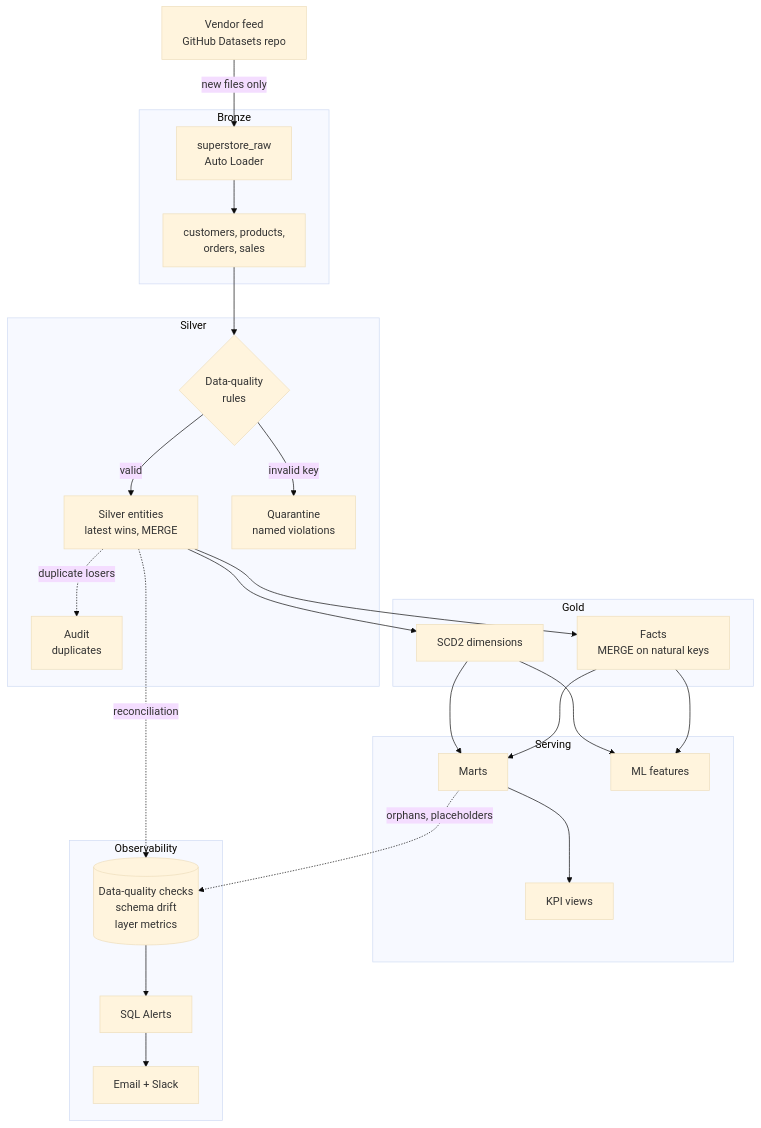
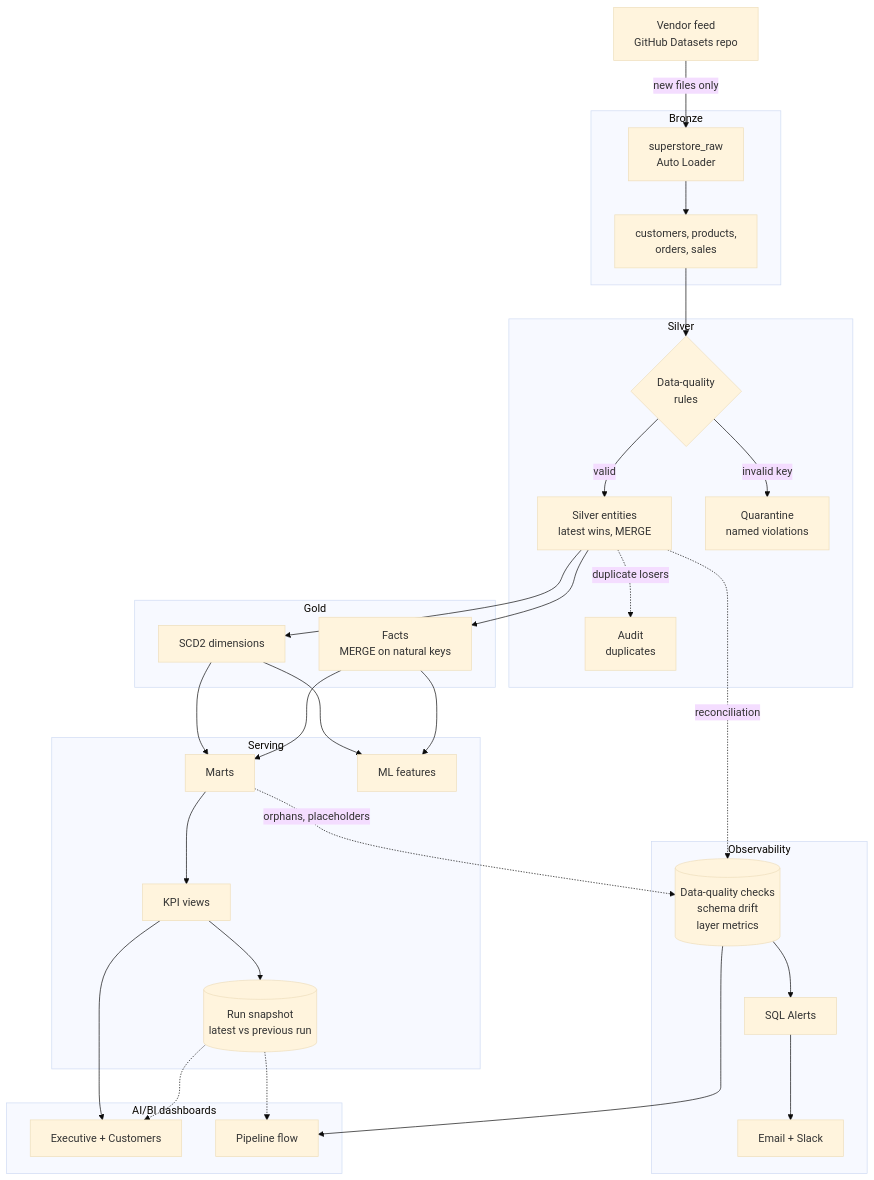
The diagram in README.md (111BM/databricks-lakehouse-platform), drawn with Mermaid (base theme) before and after one commit.

Commit message:
Add the dashboards and the run snapshot to the architecture diagram
The diagram stopped at the KPI views and alerts. It now shows the run
snapshot written after the KPI views, and the AI/BI dashboards it feeds:
executive and customers from the KPI views, pipeline flow from the layer
metrics and data-quality checks, both reading the snapshot for the latest
vs previous run comparison.

````diff
--- a/README.md
+++ b/README.md
@@ -48,44 +48,54 @@
 ```mermaid
 flowchart TB
     FEED[Vendor feed<br/>GitHub Datasets repo]
 
     subgraph BRONZE[Bronze]
         RAW[superstore_raw<br/>Auto Loader]
         ENT[customers, products,<br/>orders, sales]
     end
 
     subgraph SILVER[Silver]
         DQ{Data-quality<br/>rules}
         SLV[Silver entities<br/>latest wins, MERGE]
         QUA[Quarantine<br/>named violations]
         AUD[Audit<br/>duplicates]
     end
 
     subgraph GOLD[Gold]
         DIM[SCD2 dimensions]
         FCT[Facts<br/>MERGE on natural keys]
     end
 
     subgraph SERVE[Serving]
         MART[Marts]
         KPI[KPI views]
         FEAT[ML features]
+        SNAP[(Run snapshot<br/>latest vs previous run)]
     end
 
     subgraph OBS[Observability]
         CHK[(Data-quality checks<br/>schema drift<br/>layer metrics)]
         ALR[SQL Alerts]
         NOTIFY[Email + Slack]
+    end
+
+    subgraph DASH[AI/BI dashboards]
+        BIZ[Executive + Customers]
+        PIPE[Pipeline flow]
     end
 
     FEED -->|new files only| RAW --> ENT --> DQ
     DQ -->|valid| SLV
     DQ -->|invalid key| QUA
     SLV -.->|duplicate losers| AUD
     SLV --> DIM & FCT
     DIM & FCT --> MART & FEAT
     MART --> KPI
+    KPI --> SNAP
+    KPI --> BIZ
+    SNAP -.-> BIZ & PIPE
+    CHK --> PIPE
     SLV -.->|reconciliation| CHK
     MART -.->|orphans, placeholders| CHK
     CHK --> ALR --> NOTIFY
 ```
````
